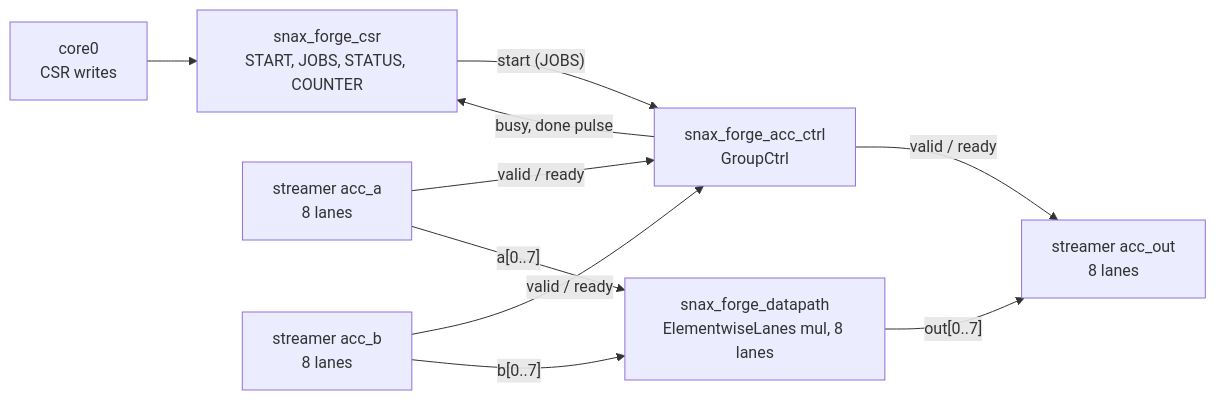
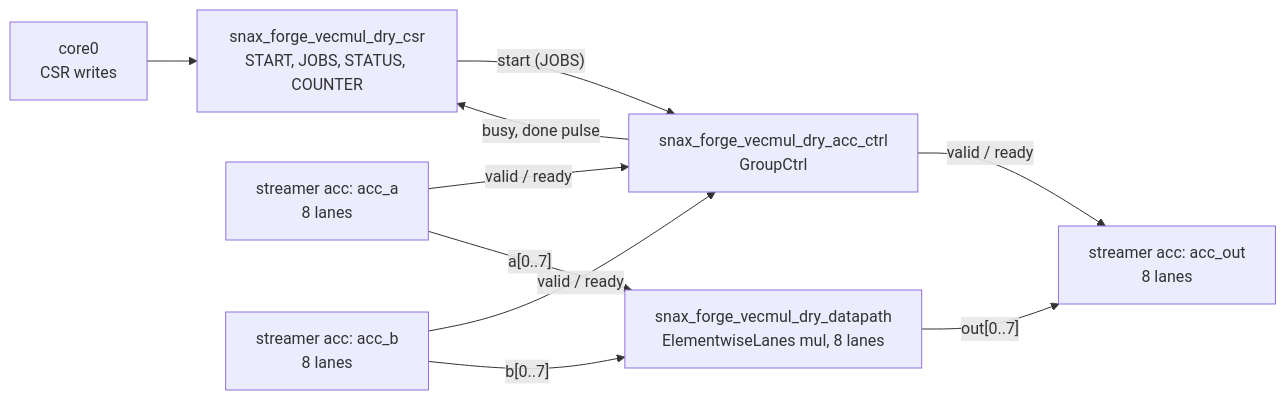
Before and after one commit to KULeuven-MICAS/snax-forge: the diagram in examples/dryrun/1_vecmul.md, drawn with Mermaid. The commit also changed other lines of this file and 14 other files, not shown here.

First line of the commit message:
P1: the dot 1 and vecmul dry runs on SLOT1 (#54)

````diff
--- a/examples/dryrun/1_vecmul.md
+++ b/examples/dryrun/1_vecmul.md
@@ -216,12 +238,12 @@
 ```mermaid
 flowchart LR
-  core["core0<br/>CSR writes"] --> csr["snax_forge_csr<br/>START, JOBS, STATUS, COUNTER"]
-  csr -- "start (JOBS)" --> ctrl["snax_forge_acc_ctrl<br/>GroupCtrl"]
+  core["core0<br/>CSR writes"] --> csr["snax_forge_vecmul_dry_csr<br/>START, JOBS, STATUS, COUNTER"]
+  csr -- "start (JOBS)" --> ctrl["snax_forge_vecmul_dry_acc_ctrl<br/>GroupCtrl"]
   ctrl -- "busy, done pulse" --> csr
-  sa["streamer acc_a<br/>8 lanes"] -- "valid / ready" --> ctrl
-  sb["streamer acc_b<br/>8 lanes"] -- "valid / ready" --> ctrl
-  ctrl -- "valid / ready" --> so["streamer acc_out<br/>8 lanes"]
-  sa -- "a[0..7]" --> dp["snax_forge_datapath<br/>ElementwiseLanes mul, 8 lanes"]
+  sa["streamer acc: acc_a<br/>8 lanes"] -- "valid / ready" --> ctrl
+  sb["streamer acc: acc_b<br/>8 lanes"] -- "valid / ready" --> ctrl
+  ctrl -- "valid / ready" --> so["streamer acc: acc_out<br/>8 lanes"]
+  sa -- "a[0..7]" --> dp["snax_forge_vecmul_dry_datapath<br/>ElementwiseLanes mul, 8 lanes"]
   sb -- "b[0..7]" --> dp
   dp -- "out[0..7]" --> so
 ```
````
